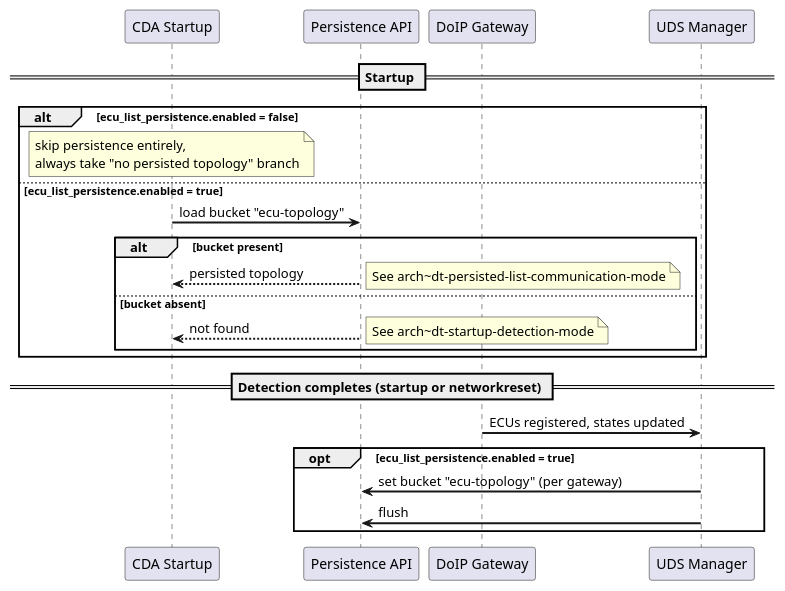
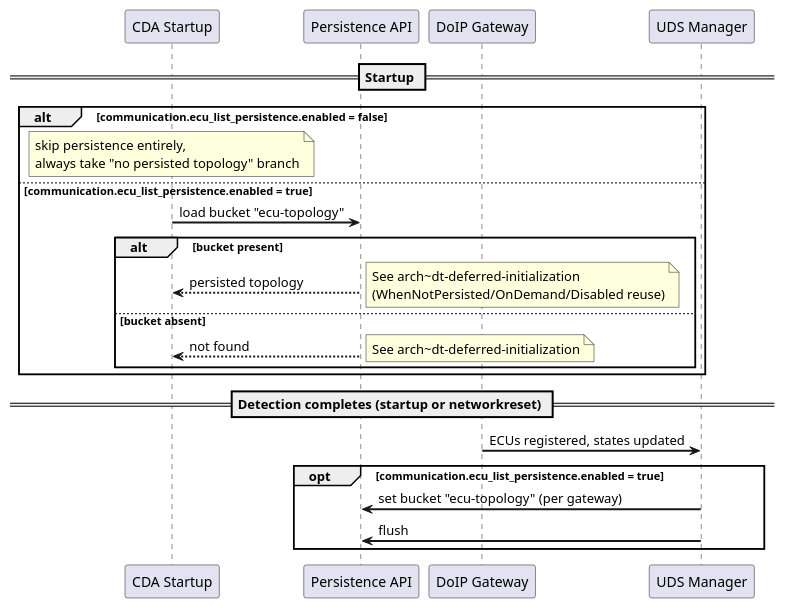
The fifth of 6 diagrams in docs/03_architecture/04_diagnostic_tester.rst (eclipse-opensovd/classic-diagnostic-adapter), drawn with PlantUML before and after one commit. The commit also changed other lines of this file and 8 other files, not shown here.

```diff
--- a/docs/03_architecture/04_diagnostic_tester.rst
+++ b/docs/03_architecture/04_diagnostic_tester.rst
@@ -709,33 +777,33 @@
     .. uml::
         :caption: ECU Topology Persistence
 
         @startuml
         skinparam backgroundColor #FFFFFF
         skinparam sequenceArrowThickness 2
 
         participant "CDA Startup" as Startup
         participant "Persistence API" as Persist
         participant "DoIP Gateway" as DOIP
         participant "UDS Manager" as UDS
 
         == Startup ==
-        alt ecu_list_persistence.enabled = false
+        alt communication.ecu_list_persistence.enabled = false
             note over Startup: skip persistence entirely,\nalways take "no persisted topology" branch
-        else ecu_list_persistence.enabled = true
+        else communication.ecu_list_persistence.enabled = true
             Startup -> Persist: load bucket "ecu-topology"
             alt bucket present
                 Persist --> Startup: persisted topology
-                note right: See arch~dt-persisted-list-communication-mode
+                note right: See arch~dt-deferred-initialization\n(WhenNotPersisted/OnDemand/Disabled reuse)
             else bucket absent
                 Persist --> Startup: not found
-                note right: See arch~dt-startup-detection-mode
+                note right: See arch~dt-deferred-initialization
             end
         end
 
         == Detection completes (startup or networkreset) ==
         DOIP -> UDS: ECUs registered, states updated
-        opt ecu_list_persistence.enabled = true
+        opt communication.ecu_list_persistence.enabled = true
             UDS -> Persist: set bucket "ecu-topology" (per gateway)
             UDS -> Persist: flush
         end
         @enduml
```
